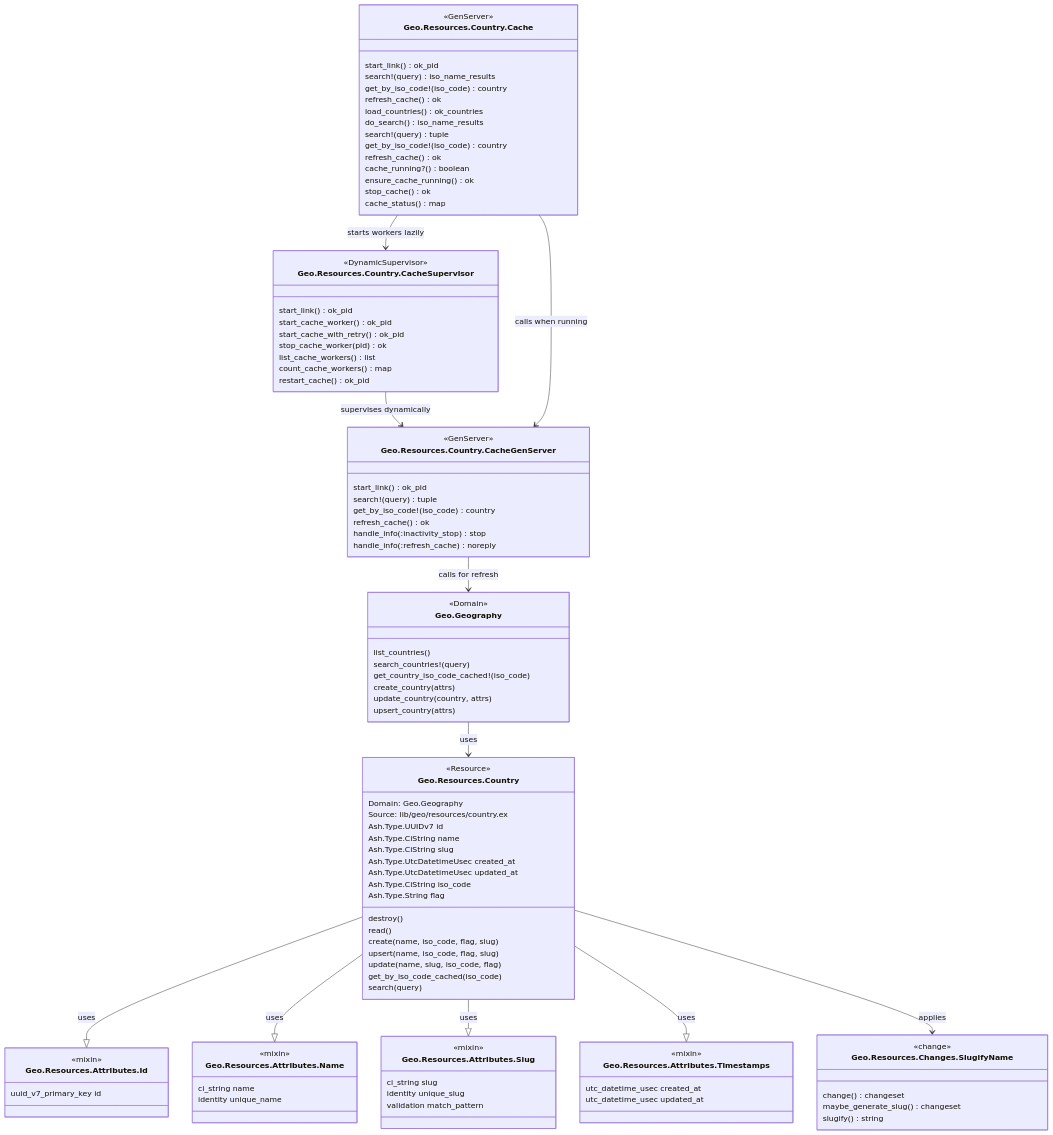
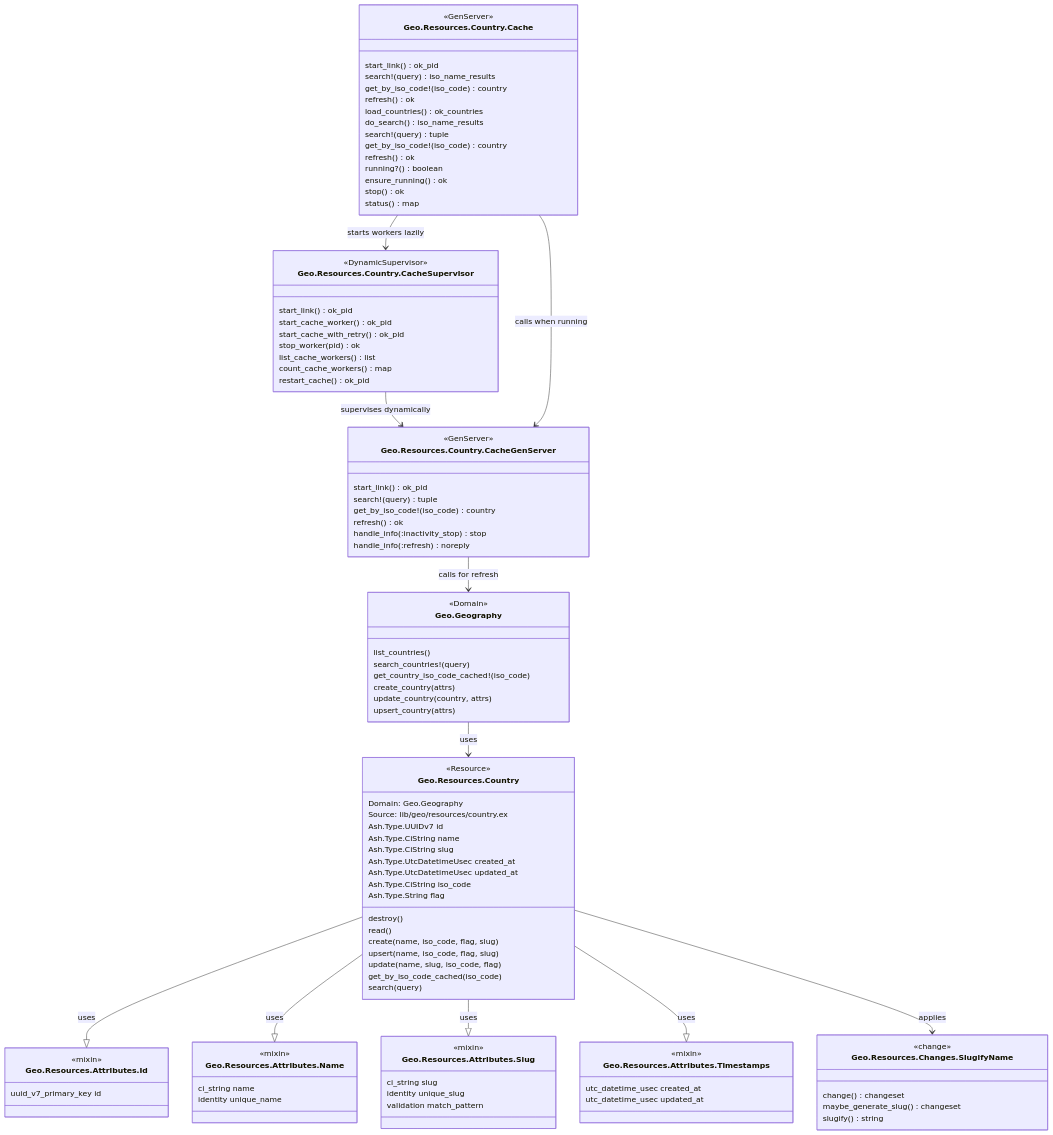
The first of 6 diagrams in README.md (dev-guy/geo), drawn with Mermaid before and after one commit. The commit also changed 3 other files, not shown here.

```diff
--- a/README.md
+++ b/README.md
@@ -155,7 +155,7 @@
         start_link() ok_pid
         search!(query) iso_name_results
         get_by_iso_code!(iso_code) country
-        refresh_cache() ok
+        refresh() ok
         load_countries() ok_countries
         do_search() iso_name_results
     }
@@ -165,7 +165,7 @@
         start_link() ok_pid
         start_cache_worker() ok_pid
         start_cache_with_retry() ok_pid
-        stop_cache_worker(pid) ok
+        stop_worker(pid) ok
         list_cache_workers() list
         count_cache_workers() map
         restart_cache() ok_pid
@@ -175,11 +175,11 @@
         <<Module>>
         search!(query) tuple
         get_by_iso_code!(iso_code) country
-        refresh_cache() ok
-        cache_running?() boolean
-        ensure_cache_running() ok
-        stop_cache() ok
-        cache_status() map
+        refresh() ok
+        running?() boolean
+        ensure_running() ok
+        stop() ok
+        status() map
     }
     
     class Geo.Resources.Country.CacheGenServer {
@@ -187,9 +187,9 @@
         start_link() ok_pid
         search!(query) tuple
         get_by_iso_code!(iso_code) country
-        refresh_cache() ok
+        refresh() ok
         handle_info(:inactivity_stop) stop
-        handle_info(:refresh_cache) noreply
+        handle_info(:refresh) noreply
     }
     
     Geo.Geography --> Geo.Resources.Country : uses
```
